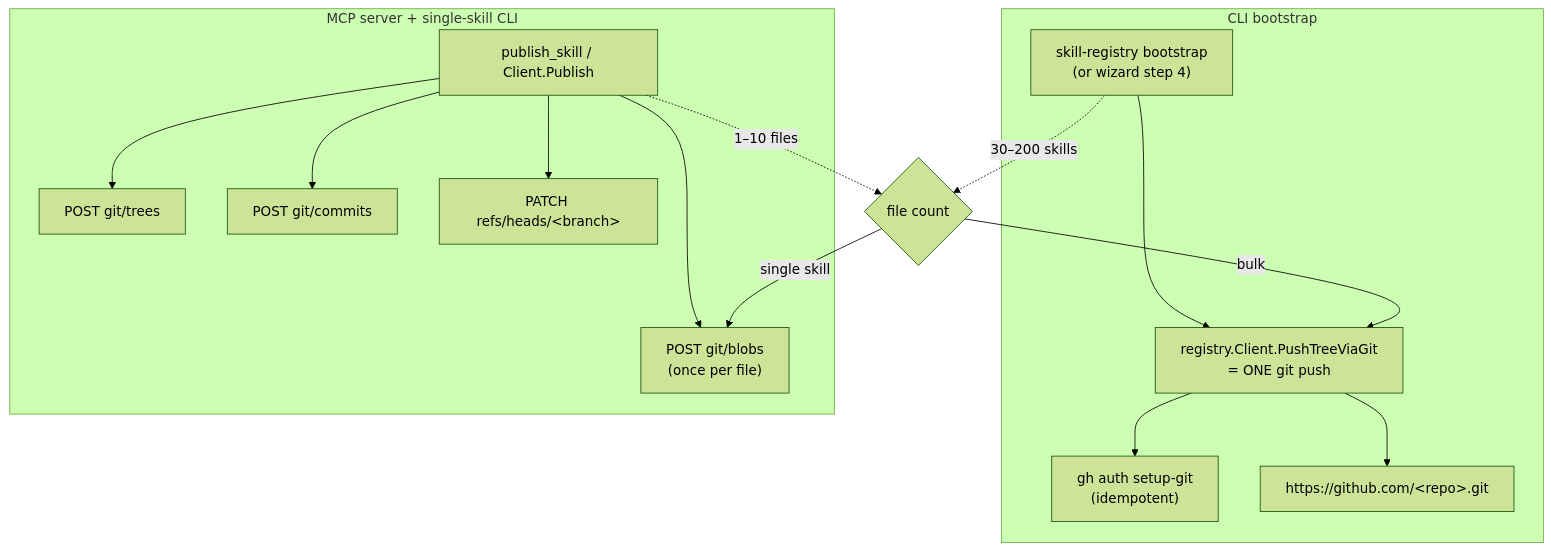
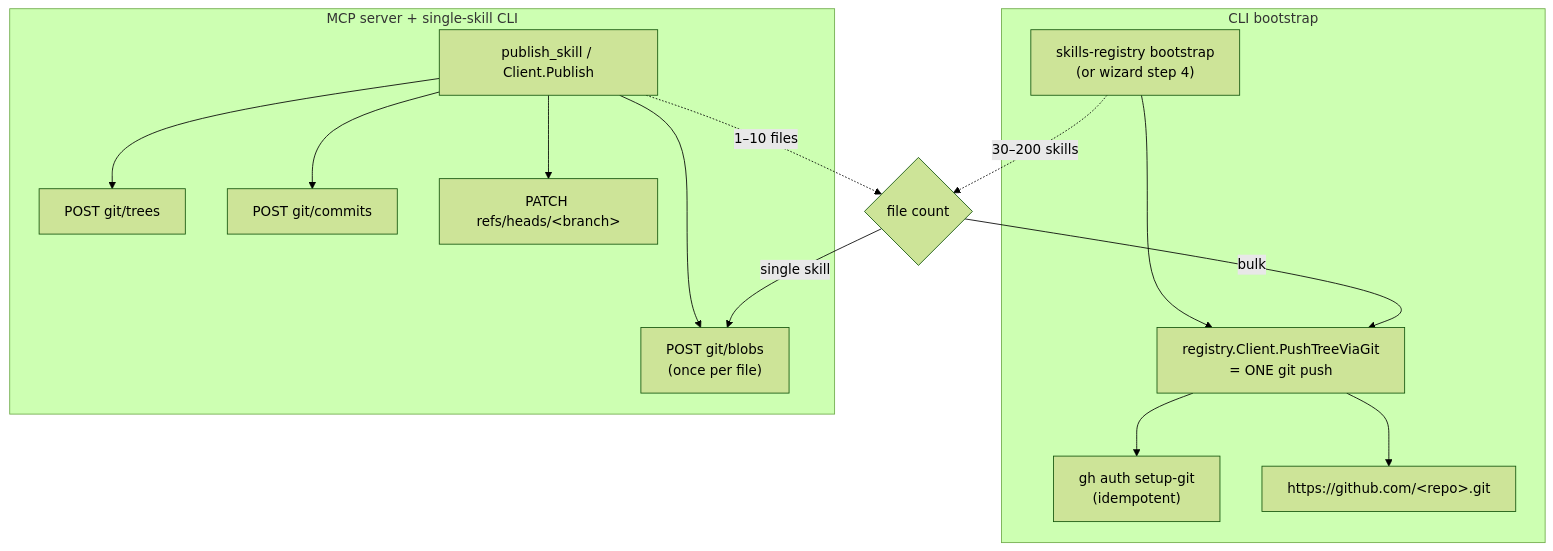
Before and after one commit to anand-92/skills-registry: the second of 4 diagrams in droid-wiki/overview/architecture.md, drawn with Mermaid (forest theme). The commit also changed other lines of this file and 87 other files, not shown here.

Commit message:
refactor: hard-rename skill-registry to skills-registry

````diff
--- a/droid-wiki/overview/architecture.md
+++ b/droid-wiki/overview/architecture.md
@@ -24,18 +24,18 @@
 ```mermaid
 flowchart TD
   subgraph CLI bootstrap
-    Boot["skill-registry bootstrap<br/>(or wizard step 4)"] --> GitPush["registry.Client.PushTreeViaGit<br/>= ONE git push"]
+    Boot["skills-registry bootstrap<br/>(or wizard step 4)"] --> GitPush["registry.Client.PushTreeViaGit<br/>= ONE git push"]
     GitPush --> Auth["gh auth setup-git<br/>(idempotent)"]
     GitPush --> Remote["https://github.com/&lt;repo&gt;.git"]
   end
   subgraph MCP server + single-skill CLI
     Pub["publish_skill / Client.Publish"] --> Blobs["POST git/blobs<br/>(once per file)"]
     Pub --> Tree["POST git/trees"]
     Pub --> Commit["POST git/commits"]
     Pub --> Ref["PATCH refs/heads/&lt;branch&gt;"]
   end
   Boot -.->|"30–200 skills"| Choice{file count}
   Pub -.->|"1–10 files"| Choice
   Choice -->|"bulk"| GitPush
   Choice -->|"single skill"| Blobs
 ```
````
